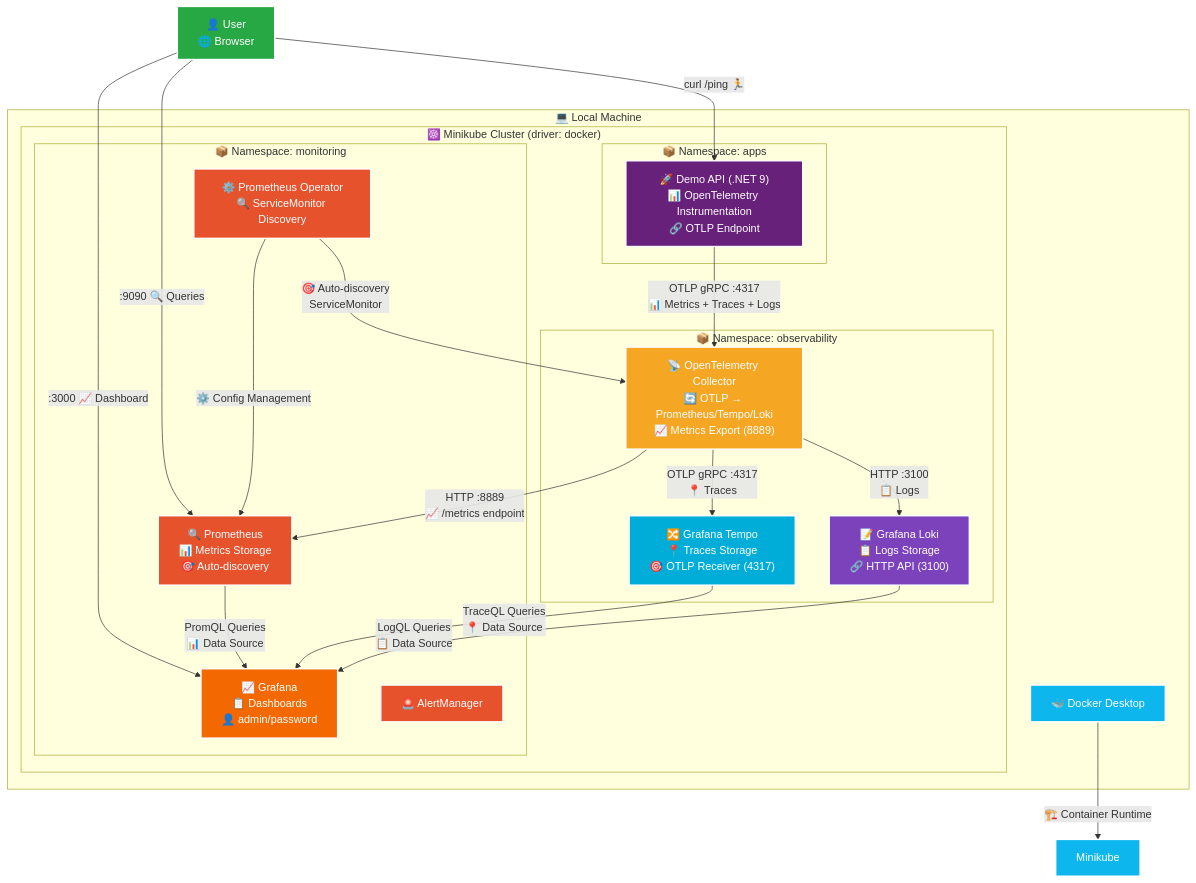
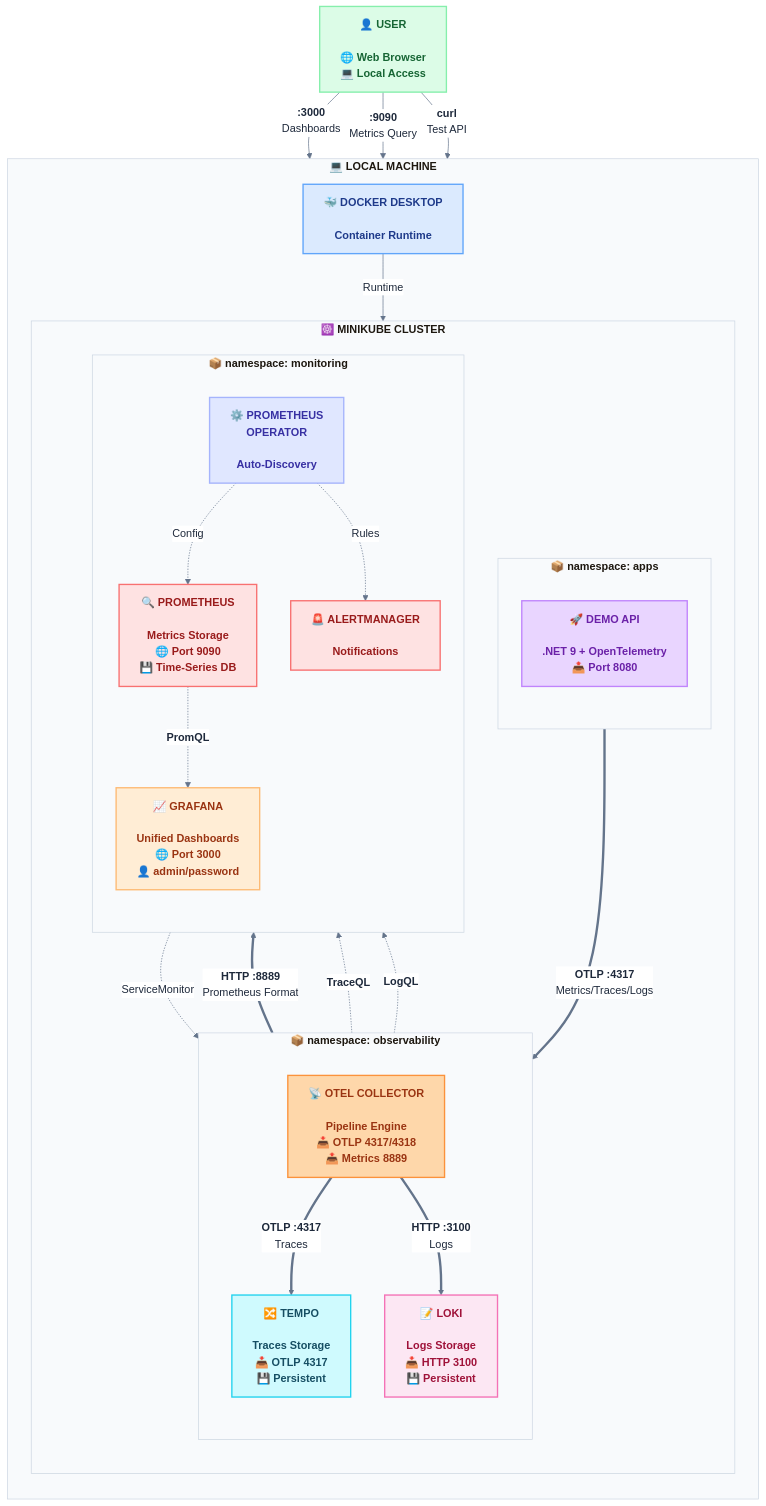
Before and after one commit to RubenGomGar/monitoring-workshop: the first of 3 diagrams in architecture-diagram.md, drawn with Mermaid. The commit also changed other lines of this file, not shown here.

Commit message:
Upload arch diagram

````diff
--- a/architecture-diagram.md
+++ b/architecture-diagram.md
@@ -43,71 +43,98 @@
 ```mermaid
+%%{init: {'theme':'base', 'themeVariables': { 
+  'primaryColor':'#f8fafc',
+  'primaryTextColor':'#1e293b',
+  'primaryBorderColor':'#cbd5e1',
+  'lineColor':'#64748b',
+  'secondaryColor':'#f1f5f9',
+  'tertiaryColor':'#e2e8f0',
+  'clusterBkg':'#f8fafc',
+  'clusterBorder':'#cbd5e1',
+  'edgeLabelBackground':'#ffffff',
+  'fontFamily':'ui-sans-serif, system-ui, sans-serif'
+}}}%%
 graph TB
-    %% Node styles
-    classDef k8s fill:#326CE5,stroke:#ffffff,stroke-width:2px,color:#ffffff
-    classDef app fill:#68217A,stroke:#ffffff,stroke-width:2px,color:#ffffff
-    classDef otel fill:#F5A623,stroke:#ffffff,stroke-width:2px,color:#ffffff
-    classDef prometheus fill:#E6522C,stroke:#ffffff,stroke-width:2px,color:#ffffff
-    classDef grafana fill:#F46800,stroke:#ffffff,stroke-width:2px,color:#ffffff
-    classDef tempo fill:#00ADD8,stroke:#ffffff,stroke-width:2px,color:#ffffff
-    classDef loki fill:#7B42BC,stroke:#ffffff,stroke-width:2px,color:#ffffff
-    classDef docker fill:#0db7ed,stroke:#ffffff,stroke-width:2px,color:#ffffff
-    classDef user fill:#28a745,stroke:#ffffff,stroke-width:2px,color:#ffffff
-
-    %% Docker and Minikube
-    subgraph "💻 Local Machine"
-        Docker["🐳 Docker Desktop"]
+    %% Elegant modern styles - softer pastel colors
+    classDef userStyle fill:#dcfce7,stroke:#86efac,stroke-width:2px,color:#166534,font-weight:bold
+    classDef dockerStyle fill:#dbeafe,stroke:#60a5fa,stroke-width:2px,color:#1e3a8a,font-weight:bold
+    classDef appStyle fill:#e9d5ff,stroke:#c084fc,stroke-width:2px,color:#6b21a8,font-weight:bold
+    classDef otelStyle fill:#fed7aa,stroke:#fb923c,stroke-width:2px,color:#9a3412,font-weight:bold
+    classDef tempoStyle fill:#cffafe,stroke:#22d3ee,stroke-width:2px,color:#164e63,font-weight:bold
+    classDef lokiStyle fill:#fce7f3,stroke:#f472b6,stroke-width:2px,color:#9f1239,font-weight:bold
+    classDef promStyle fill:#fee2e2,stroke:#f87171,stroke-width:2px,color:#991b1b,font-weight:bold
+    classDef grafanaStyle fill:#ffedd5,stroke:#fdba74,stroke-width:2px,color:#9a3412,font-weight:bold
+    classDef operatorStyle fill:#e0e7ff,stroke:#a5b4fc,stroke-width:2px,color:#3730a3,font-weight:bold
+    
+    %% User interaction layer
+    User["<b>👤 USER</b><br/><br/>🌐 Web Browser<br/>💻 Local Access"]
+    
+    %% Infrastructure layer
+    subgraph Local["<b>💻 LOCAL MACHINE</b>"]
+        direction TB
+        Docker["<b>🐳 DOCKER DESKTOP</b><br/><br/>Container Runtime"]
         
-        subgraph "☸️ Minikube Cluster (driver: docker)"
-            subgraph "📦 Namespace: apps"
-                DemoAPI["🚀 Demo API (.NET 9)<br/>📊 OpenTelemetry Instrumentation<br/>🔗 OTLP Endpoint"]
+        subgraph K8s["<b>☸️ MINIKUBE CLUSTER</b>"]
+            direction TB
+            
+            %% Application namespace
+            subgraph AppNS["<b>📦 namespace: apps</b>"]
+                direction TB
+                API["<b>🚀 DEMO API</b><br/><br/>.NET 9 + OpenTelemetry<br/>📤 Port 8080"]
             end
             
-            subgraph "📦 Namespace: observability"
-                OTelCollector["📡 OpenTelemetry Collector<br/>🔄 OTLP → Prometheus/Tempo/Loki<br/>📈 Metrics Export (8889)"]
-                Tempo["🔀 Grafana Tempo<br/>📍 Traces Storage<br/>🎯 OTLP Receiver (4317)"]
-                Loki["📝 Grafana Loki<br/>📋 Logs Storage<br/>🔗 HTTP API (3100)"]
+            %% Observability namespace
+            subgraph ObsNS["<b>📦 namespace: observability</b>"]
+                direction TB
+                Collector["<b>📡 OTEL COLLECTOR</b><br/><br/>Pipeline Engine<br/>📥 OTLP 4317/4318<br/>📤 Metrics 8889"]
+                TempoSvc["<b>🔀 TEMPO</b><br/><br/>Traces Storage<br/>📥 OTLP 4317<br/>💾 Persistent"]
+                LokiSvc["<b>📝 LOKI</b><br/><br/>Logs Storage<br/>📥 HTTP 3100<br/>💾 Persistent"]
             end
             
-            subgraph "📦 Namespace: monitoring"
-                Prometheus["🔍 Prometheus<br/>📊 Metrics Storage<br/>🎯 Auto-discovery"]
-                Grafana["📈 Grafana<br/>📋 Dashboards<br/>👤 admin/password"]
-                AlertManager["🚨 AlertManager"]
-                PrometheusOperator["⚙️ Prometheus Operator<br/>🔍 ServiceMonitor Discovery"]
+            %% Monitoring namespace
+            subgraph MonNS["<b>📦 namespace: monitoring</b>"]
+                direction TB
+                PromOp["<b>⚙️ PROMETHEUS<br/>OPERATOR</b><br/><br/>Auto-Discovery"]
+                Prom["<b>🔍 PROMETHEUS</b><br/><br/>Metrics Storage<br/>🌐 Port 9090<br/>💾 Time-Series DB"]
+                Graf["<b>📈 GRAFANA</b><br/><br/>Unified Dashboards<br/>🌐 Port 3000<br/>👤 admin/password"]
+                Alert["<b>🚨 ALERTMANAGER</b><br/><br/>Notifications"]
             end
         end
     end
     
-    %% User
-    User["👤 User<br/>🌐 Browser"]
+    %% User connections - solid arrows for user interactions
+    User -->|"<b>:3000</b><br/>Dashboards"| Graf
+    User -->|"<b>:9090</b><br/>Metrics Query"| Prom
+    User -->|"<b>curl</b><br/>Test API"| API
     
-    %% Main connections
-    User -->|":3000 📈 Dashboard"| Grafana
-    User -->|":9090 🔍 Queries"| Prometheus
-    User -->|"curl /ping 🏃"| DemoAPI
+    %% Data flow - thick arrows for telemetry data
+    API ==>|"<b>OTLP :4317</b><br/>Metrics/Traces/Logs"| Collector
     
-    %% Data flow
-    DemoAPI -->|"OTLP gRPC :4317<br/>📊 Metrics + Traces + Logs"| OTelCollector
-    OTelCollector -->|"HTTP :8889<br/>📈 /metrics endpoint"| Prometheus
-    OTelCollector -->|"OTLP gRPC :4317<br/>📍 Traces"| Tempo
-    OTelCollector -->|"HTTP :3100<br/>📋 Logs"| Loki
-    Prometheus -->|"PromQL Queries<br/>📊 Data Source"| Grafana
-    Tempo -->|"TraceQL Queries<br/>📍 Data Source"| Grafana
-    Loki -->|"LogQL Queries<br/>📋 Data Source"| Grafana
+    %% Collector distribution
+    Collector ==>|"<b>HTTP :8889</b><br/>Prometheus Format"| Prom
+    Collector ==>|"<b>OTLP :4317</b><br/>Traces"| TempoSvc
+    Collector ==>|"<b>HTTP :3100</b><br/>Logs"| LokiSvc
     
-    %% ServiceMonitor
-    PrometheusOperator -->|"🎯 Auto-discovery<br/>ServiceMonitor"| OTelCollector
-    PrometheusOperator -->|"⚙️ Config Management"| Prometheus
+    %% Backend to Grafana - dotted for queries
+    Prom -.->|"<b>PromQL</b>"| Graf
+    TempoSvc -.->|"<b>TraceQL</b>"| Graf
+    LokiSvc -.->|"<b>LogQL</b>"| Graf
     
-    %% Docker relationship
-    Docker -->|"🏗️ Container Runtime"| Minikube
+    %% Operator management
+    PromOp -.->|"ServiceMonitor"| Collector
+    PromOp -.->|"Config"| Prom
+    PromOp -.->|"Rules"| Alert
+    
+    %% Infrastructure
+    Docker -->|"Runtime"| K8s
     
     %% Apply styles
-    class Docker,Minikube docker
-    class DemoAPI app
-    class OTelCollector otel
-    class Prometheus,PrometheusOperator,AlertManager prometheus
-    class Grafana grafana
-    class Tempo tempo
-    class Loki loki
-    class User user
+    class User userStyle
+    class Docker dockerStyle
+    class API appStyle
+    class Collector otelStyle
+    class TempoSvc tempoStyle
+    class LokiSvc lokiStyle
+    class Prom,Alert promStyle
+    class Graf grafanaStyle
+    class PromOp operatorStyle
 ```
````
